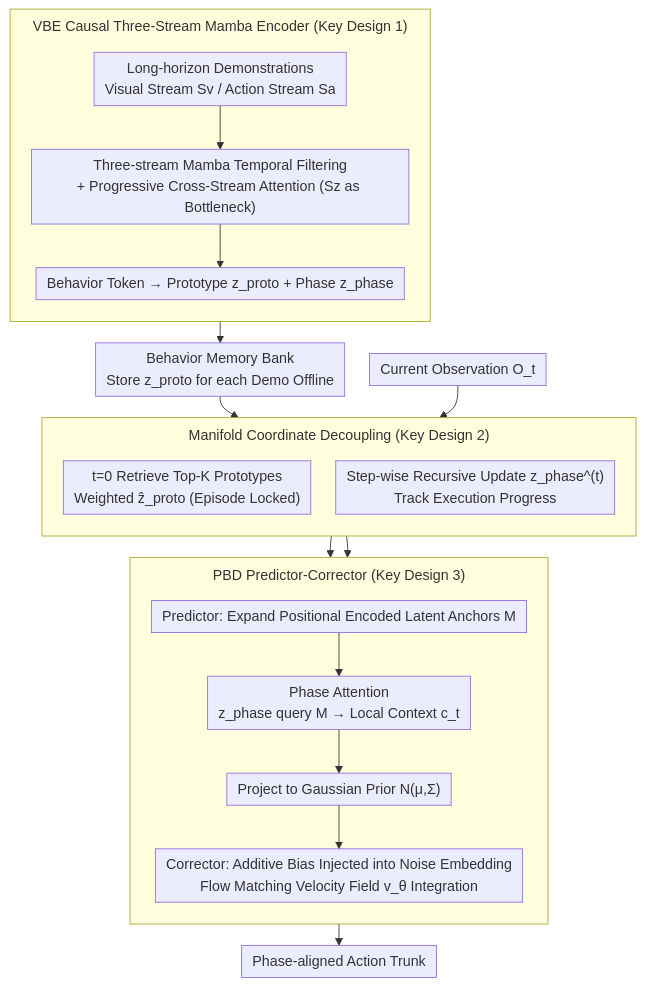
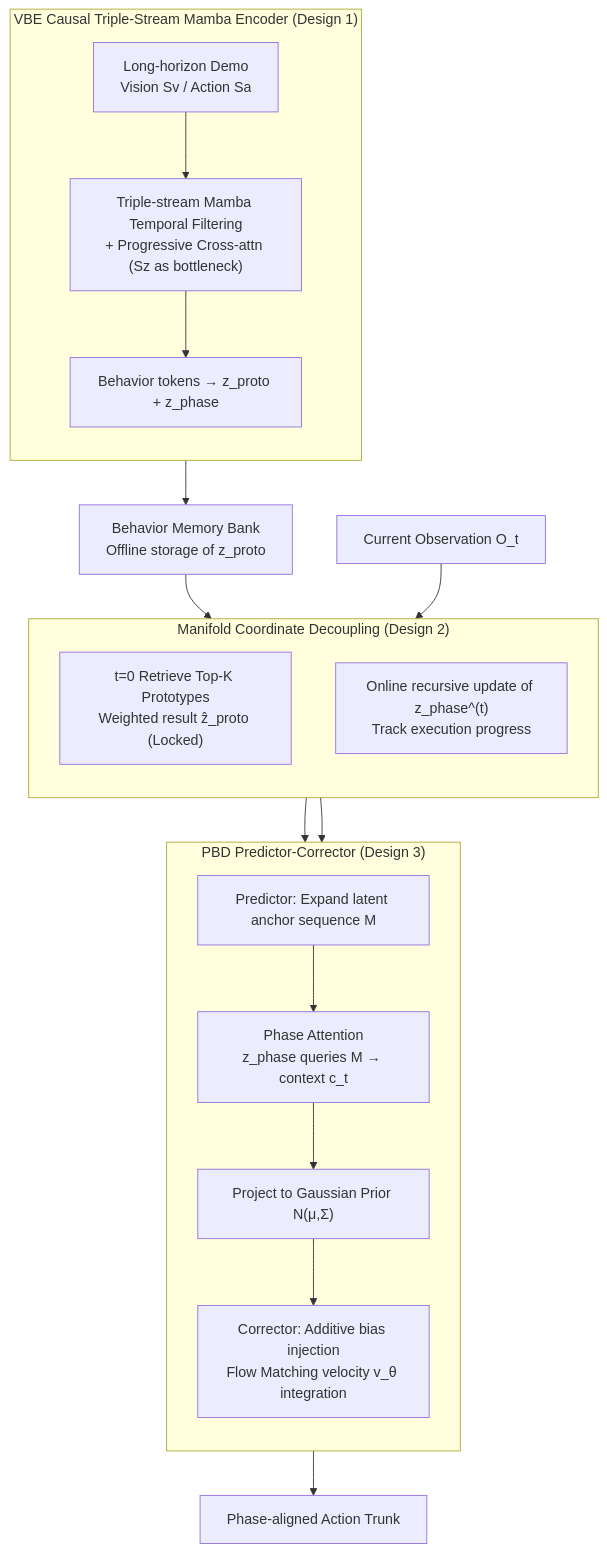
One commit to zhaoyang97/Paper-Notes-en changed the diagram in docs/ICML2026/robotics/from_abstraction_to_instantiation_learning_behavioral_representation_for_vision-.md. Above: the diagram before and after it, drawn with Mermaid. The commit also changed other lines of this file and 5084 other files, not shown here.

````diff
--- a/docs/ICML2026/robotics/from_abstraction_to_instantiation_learning_behavioral_representation_for_vision-.md
+++ b/docs/ICML2026/robotics/from_abstraction_to_instantiation_learning_behavioral_representation_for_vision-.md
@@ -46,26 +46,25 @@
 ```mermaid
-%%{init: {'flowchart': {'rankSpacing': 24, 'nodeSpacing': 28, 'padding': 6, 'wrappingWidth': 400, 'subGraphTitleMargin': {'top': 8, 'bottom': 16}}}}%%
-flowchart TD
-    subgraph VBE["VBE Causal Three-Stream Mamba Encoder (Key Design 1)"]
+graph TD
+    subgraph VBE["VBE Causal Triple-Stream Mamba Encoder (Design 1)"]
         direction TB
-        I["Long-horizon Demonstrations<br/>Visual Stream Sv / Action Stream Sa"] --> M["Three-stream Mamba Temporal Filtering<br/>+ Progressive Cross-Stream Attention (Sz as Bottleneck)"]
-        M --> Z["Behavior Token → Prototype z_proto + Phase z_phase"]
+        I["Long-horizon Demo<br/>Vision Sv / Action Sa"] --> M["Triple-stream Mamba Temporal Filtering<br/>+ Progressive Cross-attn (Sz as bottleneck)"]
+        M --> Z["Behavior tokens → z_proto + z_phase"]
     end
-    Z --> BANK["Behavior Memory Bank<br/>Store z_proto for each Demo Offline"]
-    subgraph DEC["Manifold Coordinate Decoupling (Key Design 2)"]
+    Z --> BANK["Behavior Memory Bank<br/>Offline storage of z_proto"]
+    subgraph DEC["Manifold Coordinate Decoupling (Design 2)"]
         direction TB
-        R["t=0 Retrieve Top-K Prototypes<br/>Weighted ẑ_proto (Episode Locked)"]
-        P["Step-wise Recursive Update z_phase^(t)<br/>Track Execution Progress"]
+        R["t=0 Retrieve Top-K Prototypes<br/>Weighted result ẑ_proto (Locked)"]
+        P["Online recursive update of z_phase^(t)<br/>Track execution progress"]
     end
     BANK --> R
     O["Current Observation O_t"] --> P
-    subgraph PBD["PBD Predictor-Corrector (Key Design 3)"]
+    subgraph PBD["PBD Predictor-Corrector (Design 3)"]
         direction TB
-        EXP["Predictor: Expand Positional Encoded Latent Anchors M"] --> ATT["Phase Attention<br/>z_phase query M → Local Context c_t"]
+        EXP["Predictor: Expand latent anchor sequence M"] --> ATT["Phase Attention<br/>z_phase queries M → context c_t"]
         ATT --> PRIOR["Project to Gaussian Prior N(μ,Σ)"]
-        PRIOR --> FLOW["Corrector: Additive Bias Injected into Noise Embedding<br/>Flow Matching Velocity Field v_θ Integration"]
+        PRIOR --> FLOW["Corrector: Additive bias injection<br/>Flow Matching velocity v_θ integration"]
     end
     R --> EXP
     P --> ATT
     FLOW --> ACT["Phase-aligned Action Trunk"]
 ```
````
